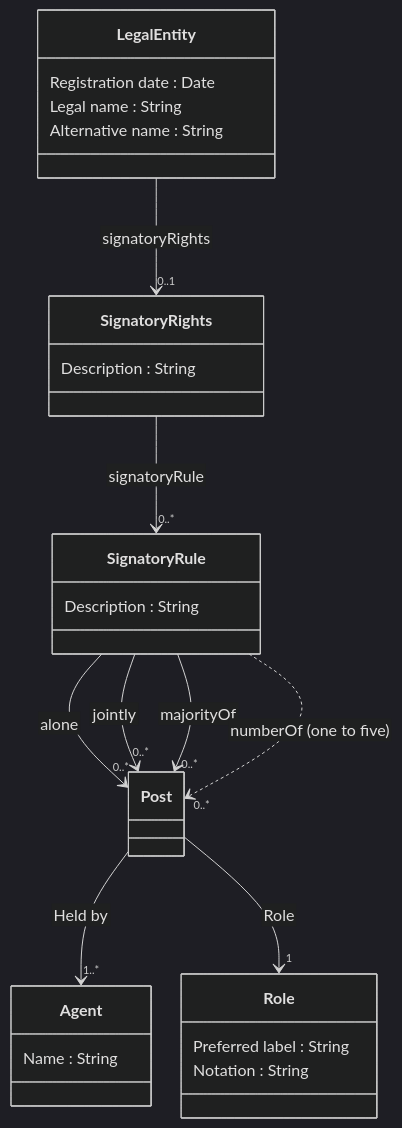
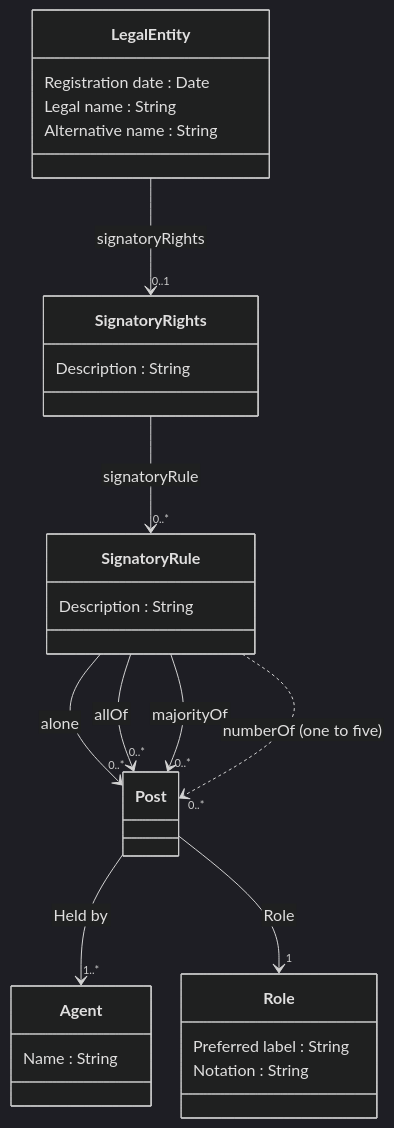
One commit to nordicsmartgovernment/Nordic-Smart-Government-Datamodel-Examples changed the diagram in README.md. Above: the diagram before and after it, drawn with Mermaid (dark theme). The commit also changed other lines of this file, not shown here.

````diff
--- a/README.md
+++ b/README.md
@@ -9,44 +9,44 @@
 ```mermaid
  %%{init:{'flowchart':{'nodeSpacing': 30, 'rankSpacing': 95, 'htmlLabels': false}}}%%
     classDiagram
        
         class LegalEntity {
             Registration date : Date
             Legal name : String
             Alternative name : String
         }
 
         LegalEntity --> "0..1" SignatoryRights : signatoryRights
 
         class SignatoryRights {
             Description : String
         }
 
         SignatoryRights --> "0..*" SignatoryRule : signatoryRule
 
         class SignatoryRule {
             Description : String
         }
 
         SignatoryRule --> "0..*" Post : alone
-        SignatoryRule --> "0..*" Post : jointly
+        SignatoryRule --> "0..*" Post : allOf
         SignatoryRule --> "0..*" Post : majorityOf
         SignatoryRule ..> "0..*" Post : numberOf (one to five)
 
         class Post {
 
         }
 
         Post --> "1..*" Agent : Held by
         Post --> "1" Role : Role
 
         class Role {
             Preferred label : String
             Notation : String
         }
 
         class Agent {
             Name : String
         }
 
 ```
````
